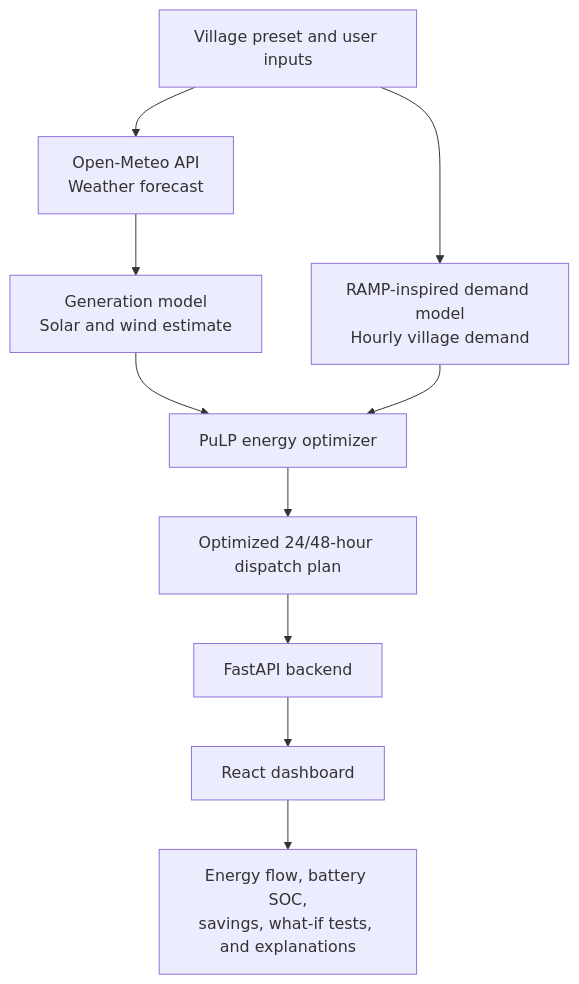
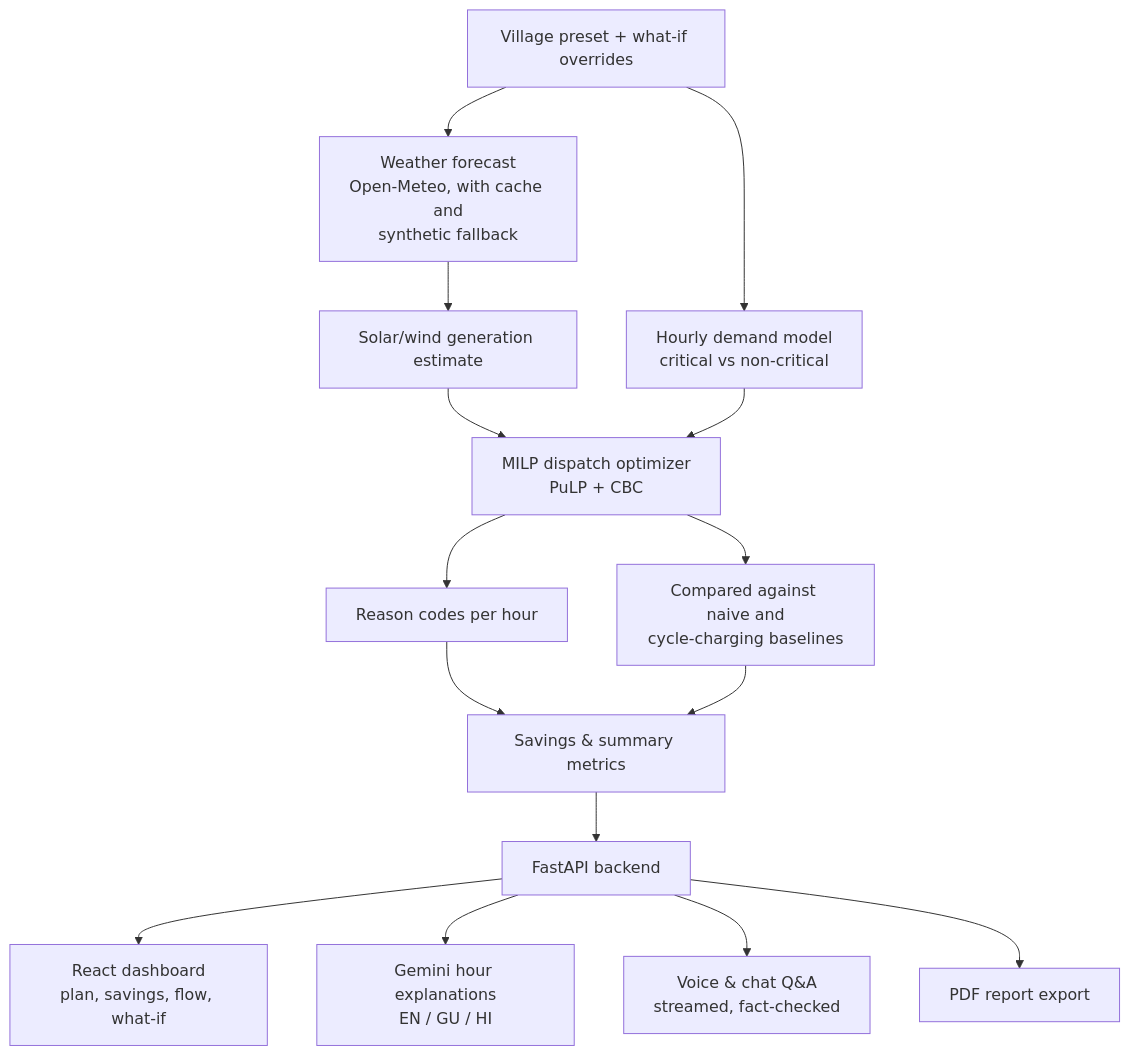
Before and after one commit to vedantCE/PowerLoom: the first of 2 diagrams in README.md, drawn with Mermaid. The commit also changed other lines of this file and 2 other files, not shown here.

Commit message:
fix: remove horizontal overflow from energy mix section in App component

````diff
--- a/README.md
+++ b/README.md
@@ -51,12 +23,17 @@
 ```mermaid
 flowchart TD
-    A[Village preset and user inputs] --> B[Open-Meteo API<br/>Weather forecast]
-    B --> C[Generation model<br/>Solar and wind estimate]
-    A --> D[RAMP-inspired demand model<br/>Hourly village demand]
-    C --> E[PuLP energy optimizer]
-    D --> E
-    E --> F[Optimized 24/48-hour dispatch plan]
-    F --> G[FastAPI backend]
-    G --> H[React dashboard]
-    H --> I[Energy flow, battery SOC,<br/>savings, what-if tests, and explanations]
+    A[Village preset + what-if overrides] --> B[Weather forecast<br/>Open-Meteo, with cache and<br/>synthetic fallback]
+    A --> C[Hourly demand model<br/>critical vs non-critical]
+    B --> D[Solar/wind generation estimate]
+    D --> E[MILP dispatch optimizer<br/>PuLP + CBC]
+    C --> E
+    E --> F[Reason codes per hour]
+    E --> G[Compared against naive and<br/>cycle-charging baselines]
+    F --> H[Savings & summary metrics]
+    G --> H
+    H --> I[FastAPI backend]
+    I --> J[React dashboard<br/>plan, savings, flow, what-if]
+    I --> K[Gemini hour explanations<br/>EN / GU / HI]
+    I --> L[Voice & chat Q&A<br/>streamed, fact-checked]
+    I --> M[PDF report export]
 ```
````
